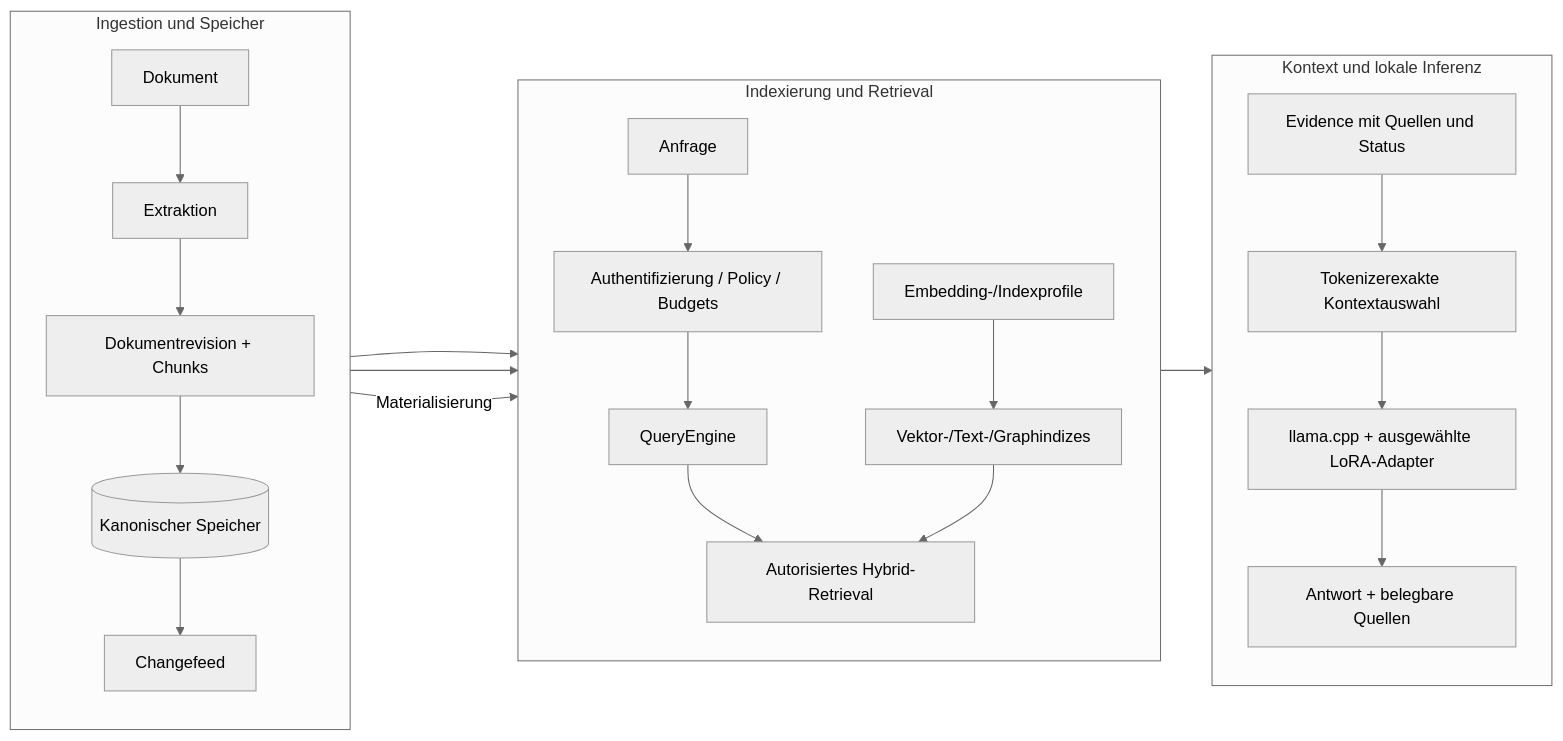
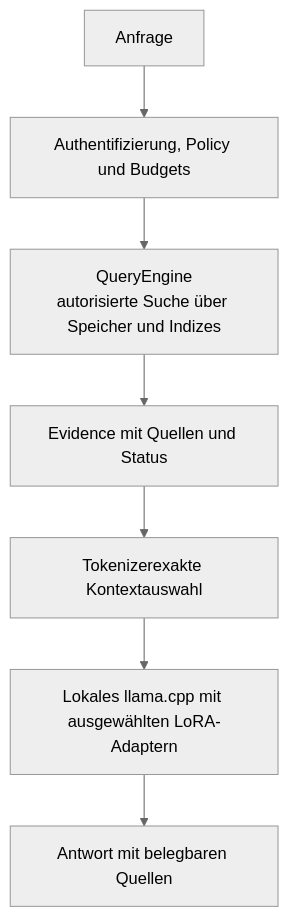
The second of 4 diagrams in ThemisDB.md (makr-code/ThemisDB), drawn with Mermaid (neutral theme) before and after one commit. The commit also changed other lines of this file and 16 other files, not shown here.

Commit message:
Refactor CMake configurations for test suite and module tests; update subproject commits to dirty state; add new documentation on ThemisDB architectural adjustments and implications.

````diff
--- a/ThemisDB.md
+++ b/ThemisDB.md
@@ -58,31 +75,9 @@
 ```mermaid
-flowchart LR
-    subgraph data["Ingestion und Speicher"]
-        direction TB
-        document["Dokument"] --> extraction["Extraktion"]
-        extraction --> revisions["Dokumentrevision + Chunks"]
-        revisions --> storage[("Kanonischer Speicher")]
-        storage --> changefeed["Changefeed"]
-    end
-
-    subgraph search["Indexierung und Retrieval"]
-        direction TB
-        profiles["Embedding-/Indexprofile"] --> indexes["Vektor-/Text-/Graphindizes"]
-        request["Anfrage"] --> trust["Authentifizierung / Policy / Budgets"]
-        trust --> query["QueryEngine"]
-        query --> retrieval["Autorisiertes Hybrid-Retrieval"]
-        indexes --> retrieval
-    end
-
-    subgraph serving["Kontext und lokale Inferenz"]
-        direction TB
-        evidence["Evidence mit Quellen und Status"] --> packing["Tokenizerexakte Kontextauswahl"]
-        packing --> inference["llama.cpp + ausgewählte LoRA-Adapter"]
-        inference --> answer["Antwort + belegbare Quellen"]
-    end
-
-    revisions --> profiles
-    changefeed --> indexes
-    storage -->|Materialisierung| retrieval
-    retrieval --> evidence
+flowchart TB
+    request["Anfrage"] --> trust["Authentifizierung, Policy und Budgets"]
+    trust --> query["QueryEngine<br/>autorisierte Suche über Speicher und Indizes"]
+    query --> evidence["Evidence mit Quellen und Status"]
+    evidence --> packing["Tokenizerexakte Kontextauswahl"]
+    packing --> inference["Lokales llama.cpp mit ausgewählten LoRA-Adaptern"]
+    inference --> answer["Antwort mit belegbaren Quellen"]
 ```
````
